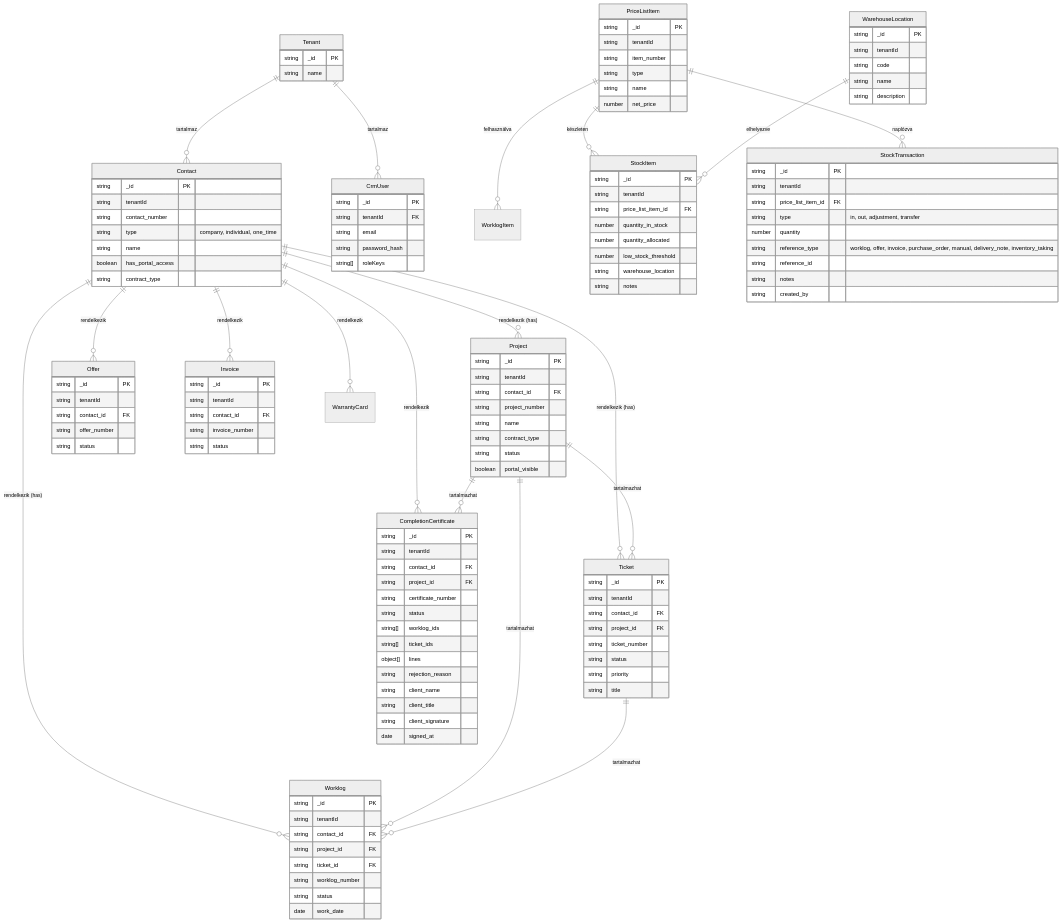
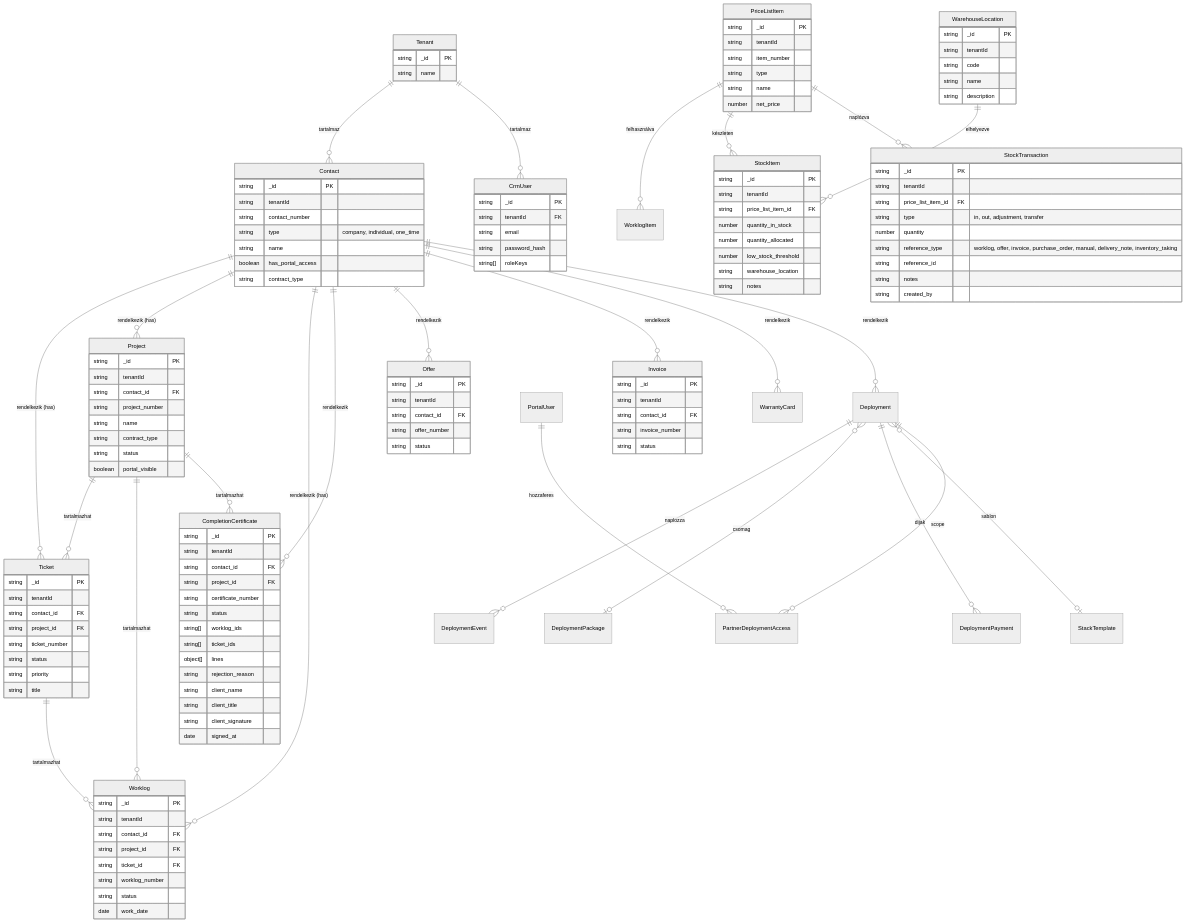
The diagram in DATABASE.md (davids-src/SIRONIC_IntraSystem), drawn with Mermaid (neutral theme) before and after one commit. The commit also changed other lines of this file and 42 other files, not shown here.

First line of the commit message:
fix: security and correctness audit pass across offers, contracts, worklogs, and partner portal

```diff
--- a/DATABASE.md
+++ b/DATABASE.md
@@ -28,6 +28,13 @@
     PriceListItem ||--o{ StockTransaction : "naplózva"
     WarehouseLocation ||--o{ StockItem : "elhelyezve"
     Contact ||--o{ WarrantyCard : "rendelkezik"
+    Contact ||--o{ Deployment : "rendelkezik"
+    Deployment ||--o{ DeploymentEvent : "naplozza"
+    Deployment }o--o| DeploymentPackage : "csomag"
+    Deployment ||--o{ DeploymentPayment : "dijak"
+    Deployment }o--o| StackTemplate : "sablon"
+    PortalUser ||--o{ PartnerDeploymentAccess : "hozzaferes"
+    Deployment ||--o{ PartnerDeploymentAccess : "scope"
 
     Contact {
         string _id PK
```
